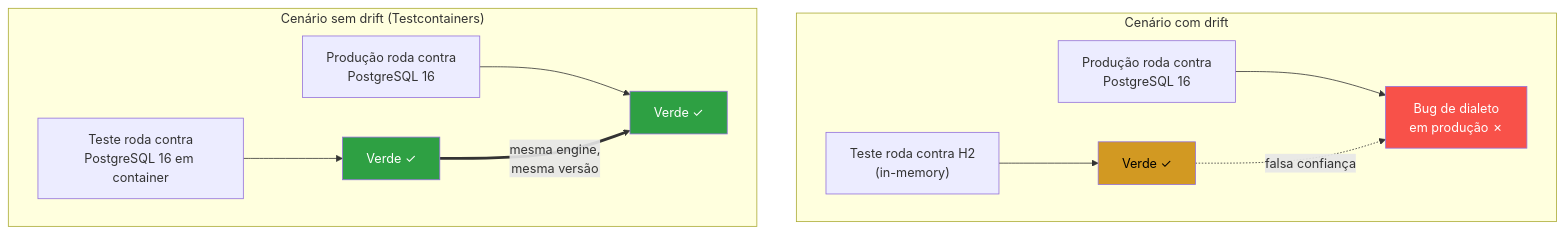
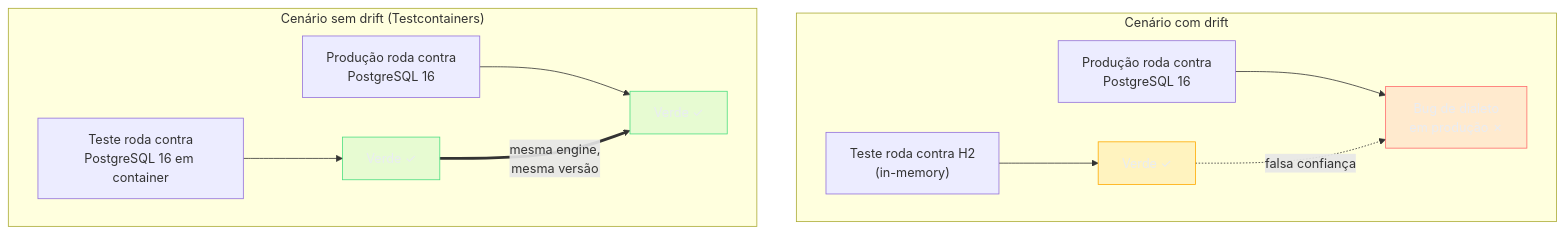
The fourth of 6 diagrams in 03-Dominios/Engenharia/Testes/07 - Testes de integração.md (josenaldo/codex-technomanticus), drawn with Mermaid before and after one commit. The commit also changed other lines of this file and 1181 other files, not shown here.

First line of the commit message:
fix(diagramas): paleta do sistema no lugar de cor cravada no markdown

````diff
--- a/03-Dominios/Engenharia/Testes/07 - Testes de integração.md
+++ b/03-Dominios/Engenharia/Testes/07 - Testes de integração.md
@@ -175,19 +180,22 @@
 ```mermaid
 flowchart TB
+    classDef falha fill:#FF6B6B24,stroke:#FF6B6B,color:#E9ECF2
+    classDef destaque fill:#FFAA0024,stroke:#FFAA00,color:#E9ECF2
+    classDef ok fill:#4ADE8021,stroke:#4ADE80,color:#E9ECF2
     subgraph DRIFT["Cenário com drift"]
         T1["Teste roda contra H2\n(in-memory)"] --> V1["Verde ✓"]
         P1["Produção roda contra\nPostgreSQL 16"] --> X1["Bug de dialeto\nem produção ✗"]
         V1 -.->|"falsa confiança"| X1
     end
 
     subgraph IDENT["Cenário sem drift (Testcontainers)"]
         T2["Teste roda contra\nPostgreSQL 16 em container"] --> V2["Verde ✓"]
         P2["Produção roda contra\nPostgreSQL 16"] --> V3["Verde ✓"]
         V2 ==>|"mesma engine,\nmesma versão"| V3
     end
 
-    style X1 fill:#f85149,color:#fff
-    style V1 fill:#d29922,color:#000
-    style V2 fill:#2ea043,color:#fff
-    style V3 fill:#2ea043,color:#fff
+    class X1 falha
+    class V1 destaque
+    class V2 ok
+    class V3 ok
 ```
````
